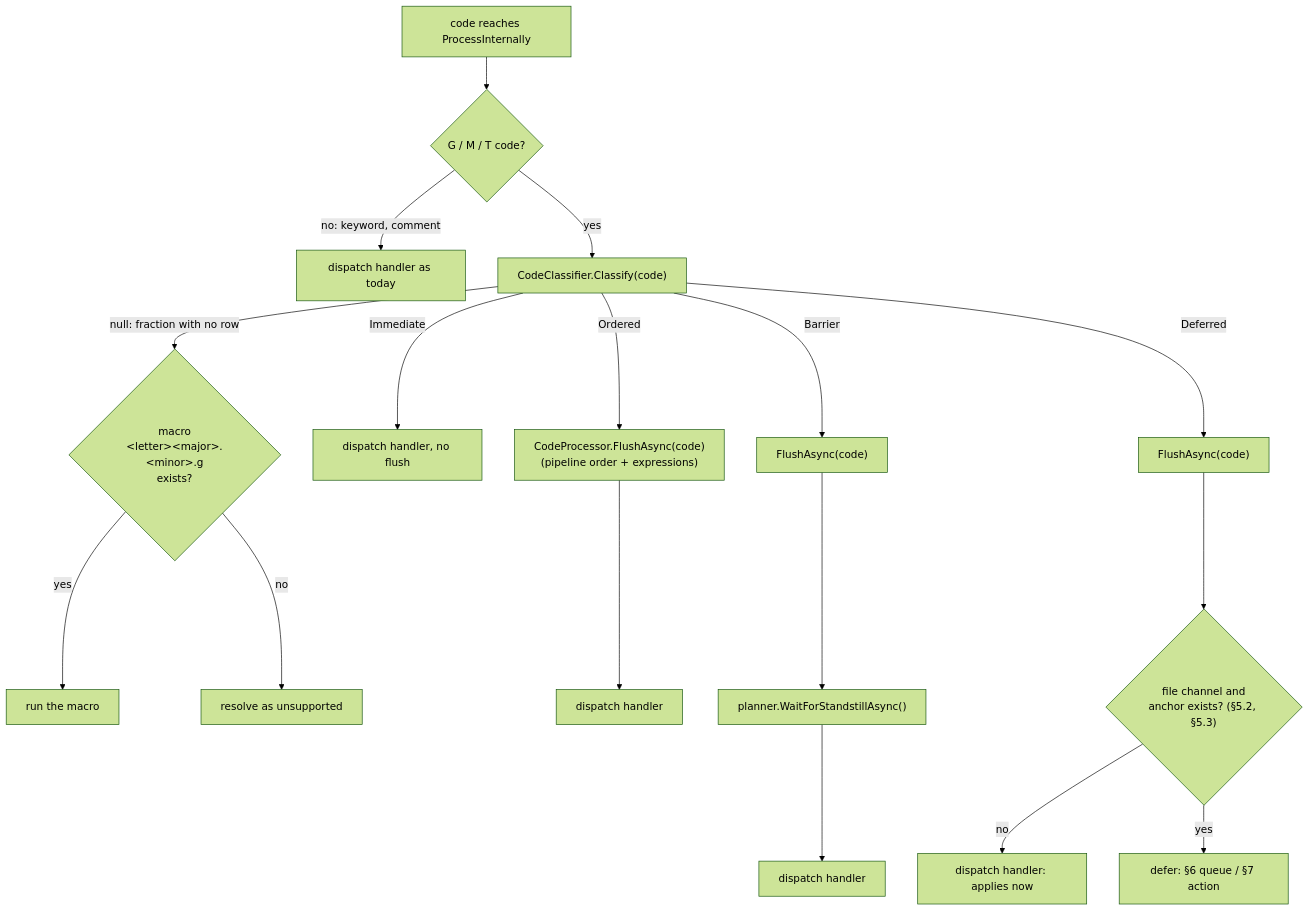
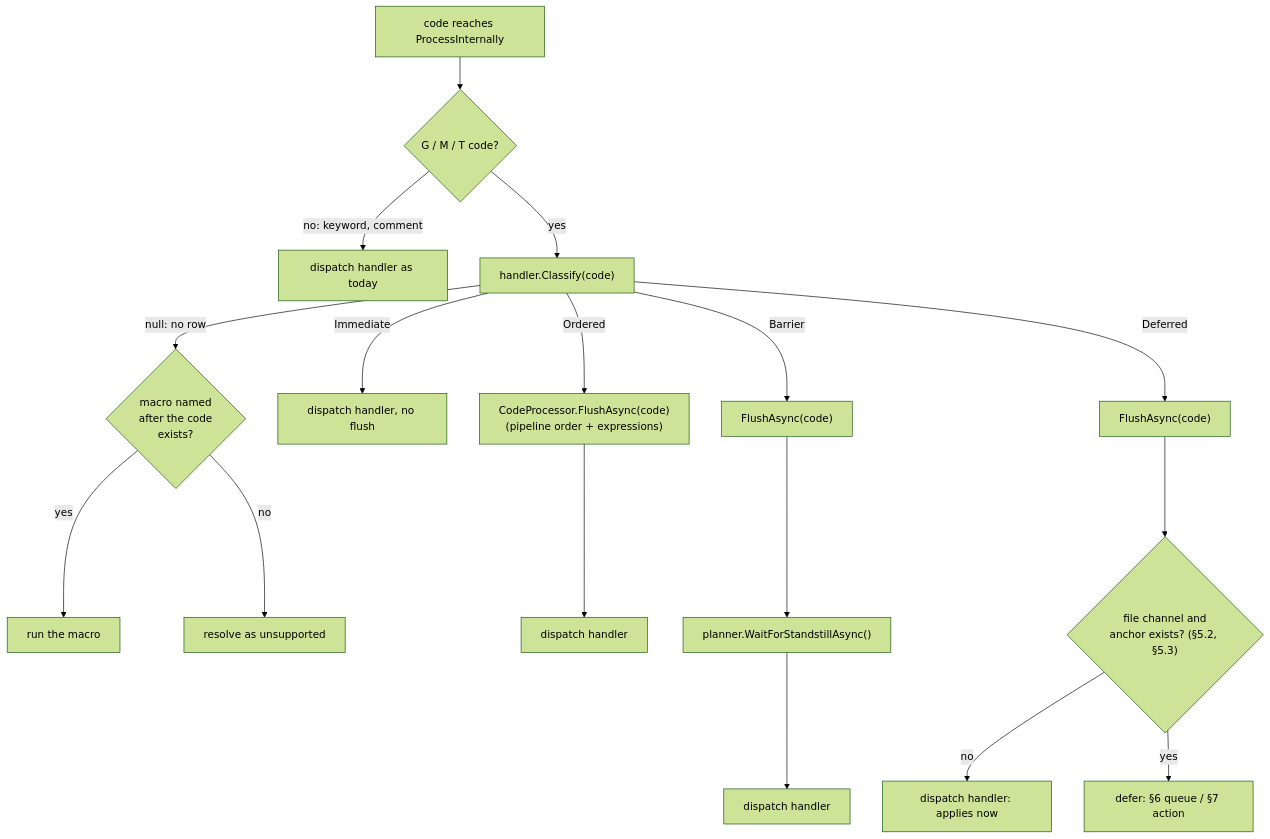
One commit to Duet3D/DuetSoftwareFramework changed the first of 3 diagrams in docs/devel/MOTION_SYNCHRONISED_ACTIONS.md. Above: the diagram before and after it, drawn with Mermaid (forest theme). The commit also changed other lines of this file and 1 other file, not shown here.

First line of the commit message:
docs: make the class table the dispatch table, one per handler

````diff
--- a/docs/devel/MOTION_SYNCHRONISED_ACTIONS.md
+++ b/docs/devel/MOTION_SYNCHRONISED_ACTIONS.md
@@ -285,15 +332,15 @@
 ```mermaid
 flowchart TD
     A[code reaches ProcessInternally] --> B{G / M / T code?}
     B -- no: keyword, comment --> D0[dispatch handler as today]
-    B -- yes --> C["CodeClassifier.Classify(code)"]
-    C -- "null: fraction with no row" --> M0{"macro<br/>&lt;letter&gt;&lt;major&gt;.&lt;minor&gt;.g<br/>exists?"}
+    B -- yes --> C["handler.Classify(code)"]
+    C -- "null: no row" --> M0{"macro named<br/>after the code<br/>exists?"}
     M0 -- yes --> M1[run the macro]
     M0 -- no --> M2["resolve as unsupported"]
     C -- Immediate --> D1[dispatch handler, no flush]
     C -- Ordered --> F1["CodeProcessor.FlushAsync(code)<br/>(pipeline order + expressions)"] --> D2[dispatch handler]
     C -- Barrier --> F2["FlushAsync(code)"] --> W["planner.WaitForStandstillAsync()"] --> D3[dispatch handler]
     C -- Deferred --> F3["FlushAsync(code)"] --> G{"file channel and<br/>anchor exists? (§5.2, §5.3)"}
     G -- no --> D4[dispatch handler: applies now]
     G -- yes --> H["defer: §6 queue / §7 action"]
 ```
````
